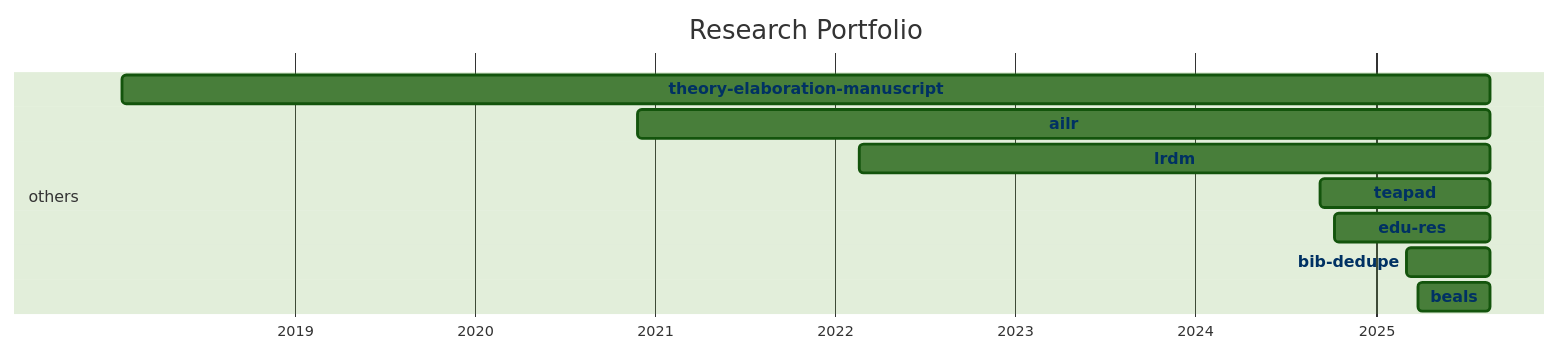
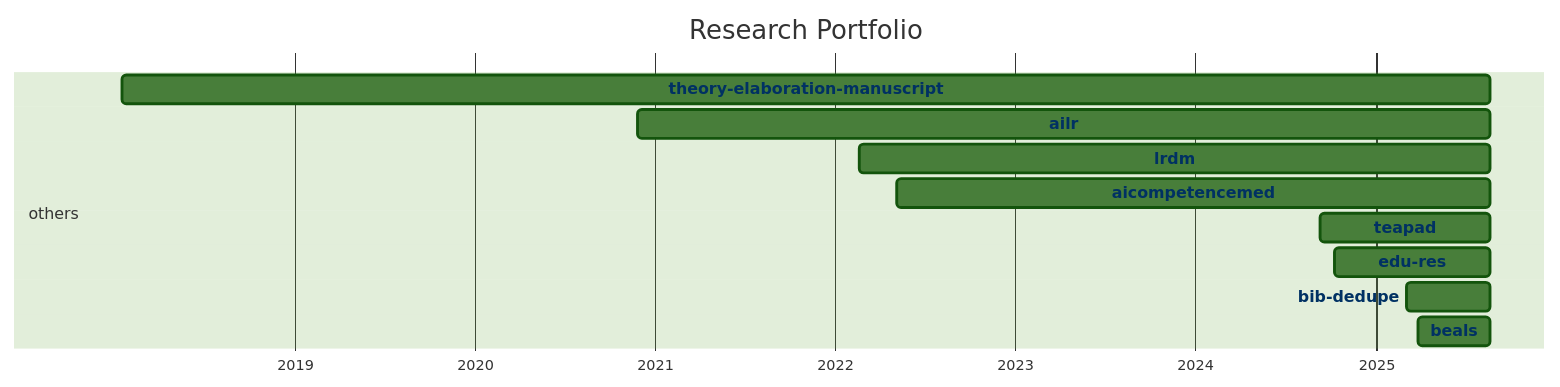
One commit to digital-work-lab/handbook changed the diagram in docs/20-research/25-projects-gantt.md. Above: the diagram before and after it, drawn with Mermaid (forest theme). The commit also changed 74 other files, not shown here.

````diff
--- a/docs/20-research/25-projects-gantt.md
+++ b/docs/20-research/25-projects-gantt.md
@@ -8,33 +8,35 @@
 ```mermaid
 ---
 displayMode: compact
 ---
 gantt
 title Research Portfolio
 dateFormat YYYY-MM-DD
 axisFormat %Y
 
     section work_practices
 
     section distributed_organizing
 
     section knowledge_synthesis
 
     section others
         beals :beals, 2025-03-28, 2025-08-21
         bib-dedupe :bib-dedupe, 2025-03-04, 2025-08-21
         edu-res :edu-res, 2024-10-10, 2025-08-21
         teapad :teapad, 2024-09-10, 2025-08-21
+        aicompetencemed :aicompetencemed, 2022-05-06, 2025-08-21
         lrdm :lrdm, 2022-02-20, 2025-08-21
         ailr :ailr, 2020-11-26, 2025-08-21
         theory-elaboration-manuscript :theory-elaboration-manuscript, 2018-01-15, 2025-08-21
 
 
     click beals href "{{ site.baseurl }}/docs/10-lab/18-resources/beals.html"
     click bib-dedupe href "{{ site.baseurl }}/docs/10-lab/18-resources/bib-dedupe.html"
     click edu-res href "{{ site.baseurl }}/docs/10-lab/18-resources/edu-res.html"
     click teapad href "{{ site.baseurl }}/docs/10-lab/18-resources/teapad.html"
+    click aicompetencemed href "{{ site.baseurl }}/docs/10-lab/18-resources/aicompetencemed.html"
     click lrdm href "{{ site.baseurl }}/docs/10-lab/18-resources/lrdm.html"
     click ailr href "{{ site.baseurl }}/docs/10-lab/18-resources/ailr.html"
     click theory-elaboration-manuscript href "{{ site.baseurl }}/docs/10-lab/18-resources/theory-elaboration-manuscript.html"
 ```
````
